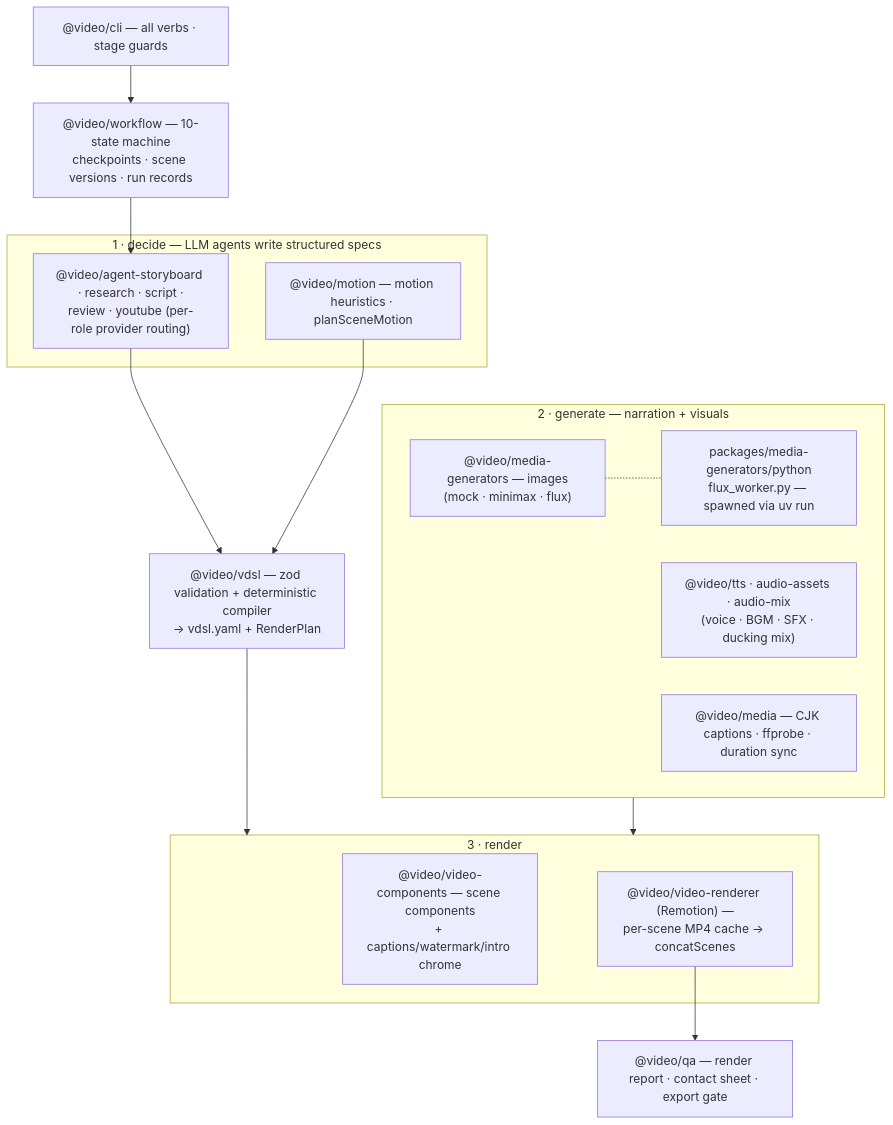
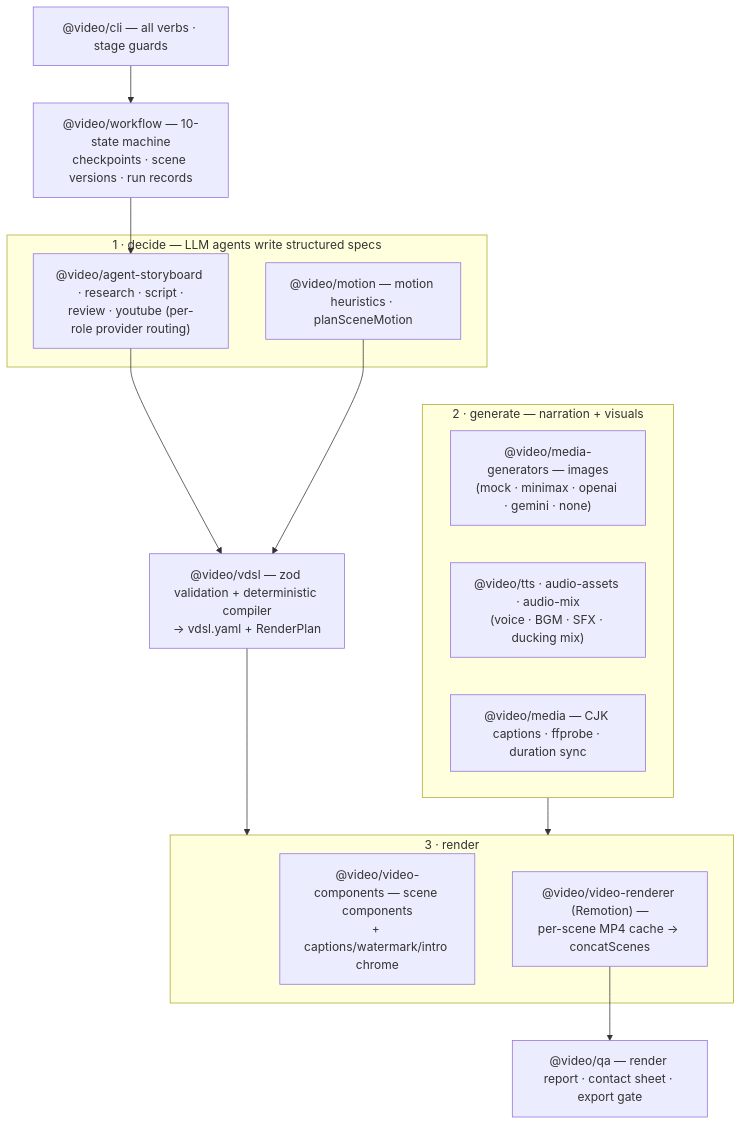
Before and after one commit to huangjien/ai-video-factory: the second of 2 diagrams in docs/architecture.md, drawn with Mermaid. The commit also changed other lines of this file and 74 other files, not shown here.

````diff
--- a/docs/architecture.md
+++ b/docs/architecture.md
@@ -120,35 +91,33 @@
 ```mermaid
 flowchart TD
     cli["@video/cli — all verbs · stage guards"]
     wf["@video/workflow — 10-state machine<br/>checkpoints · scene versions · run records"]
 
     subgraph decideG["1 · decide — LLM agents write structured specs"]
         agentPkgs["@video/agent-storyboard · research · script ·<br/>review · youtube (per-role provider routing)"]
         motionPkg["@video/motion — motion heuristics · planSceneMotion"]
     end
 
     vdsl["@video/vdsl — zod validation + deterministic compiler<br/>→ vdsl.yaml + RenderPlan"]
 
     subgraph assetsG["2 · generate — narration + visuals"]
-        mediaGenPkg["@video/media-generators — images<br/>(mock · minimax · flux)"]
+        mediaGenPkg["@video/media-generators — images<br/>(mock · minimax · openai · gemini · none)"]
         audioPkgs["@video/tts · audio-assets · audio-mix<br/>(voice · BGM · SFX · ducking mix)"]
         mediaPkg["@video/media — CJK captions · ffprobe · duration sync"]
-        pySidecar["packages/media-generators/python<br/>flux_worker.py — spawned via uv run"]
     end
 
     subgraph renderG["3 · render"]
         componentsPkg["@video/video-components — scene components<br/>+ captions/watermark/intro chrome"]
         rendererPkg["@video/video-renderer (Remotion) —<br/>per-scene MP4 cache → concatScenes"]
     end
 
     qaPkg["@video/qa — render report · contact sheet · export gate"]
 
     cli --> wf
     wf --> agentPkgs
     agentPkgs --> vdsl
     motionPkg --> vdsl
     vdsl --> renderG
     assetsG --> renderG
-    mediaGenPkg -.- pySidecar
     rendererPkg --> qaPkg
 ```
````
